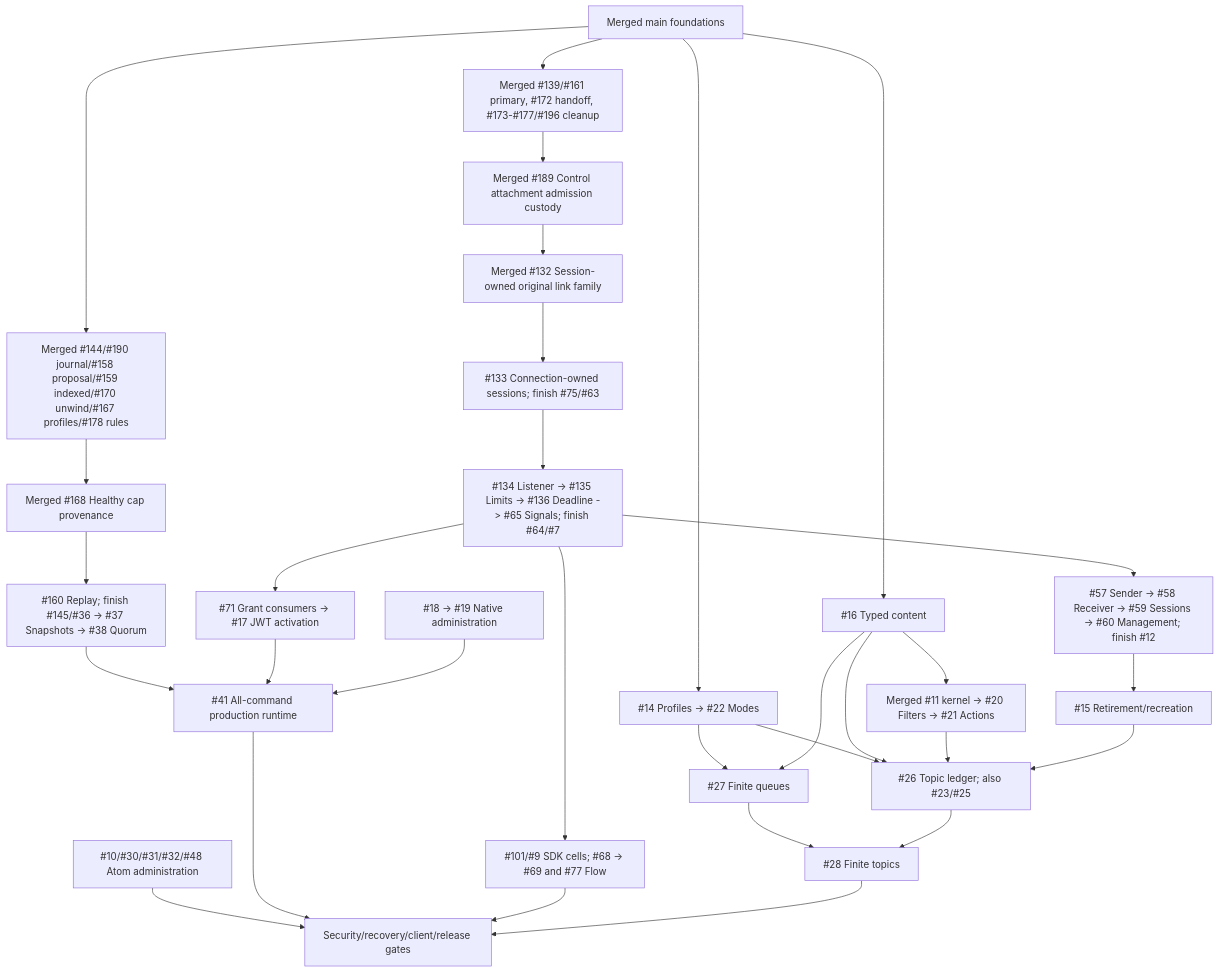
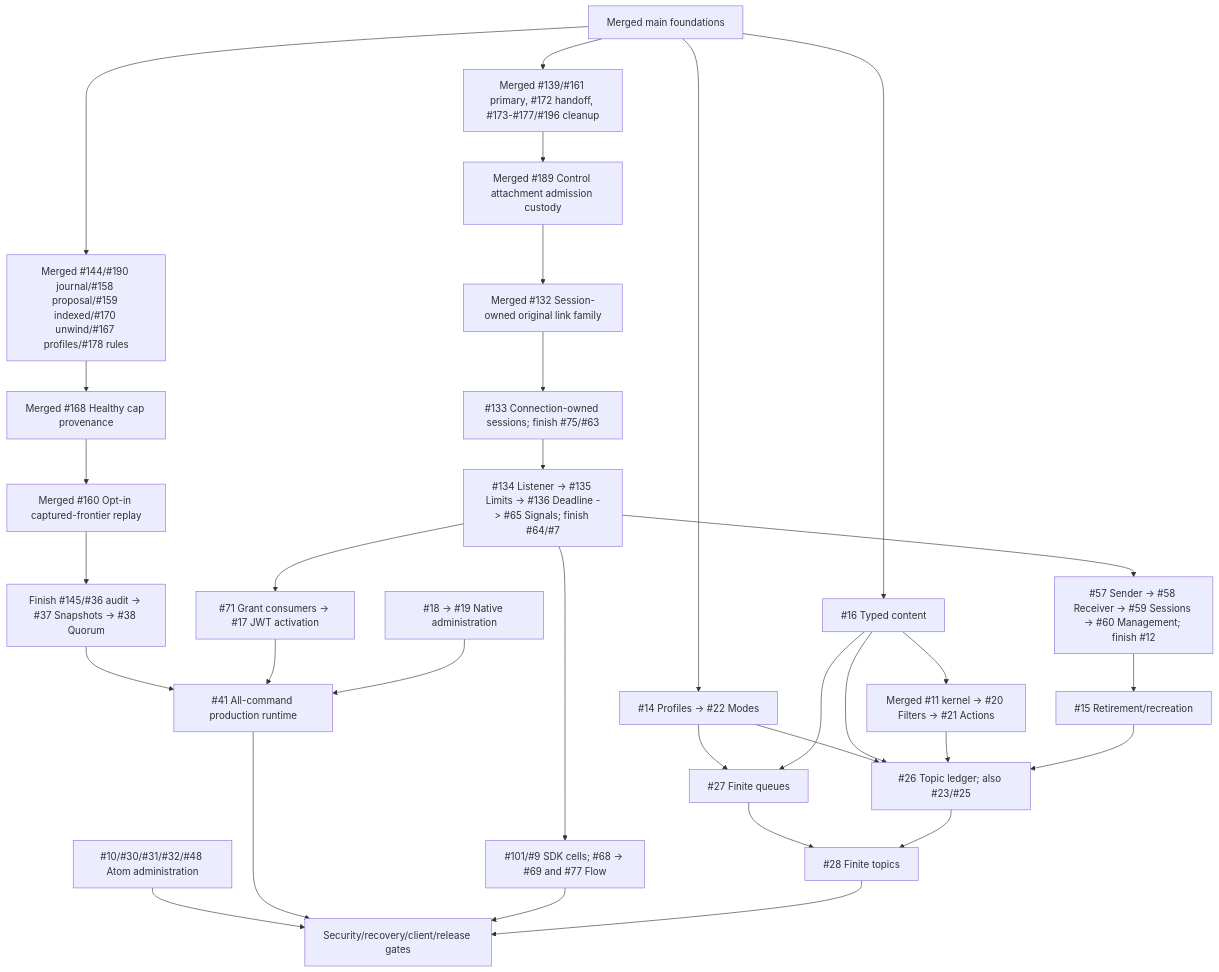
One commit to DeandreT/switchyard changed the diagram in docs/roadmap.md. Above: the diagram before and after it, drawn with Mermaid. The commit also changed other lines of this file and 7 other files, not shown here.

````diff
--- a/docs/roadmap.md
+++ b/docs/roadmap.md
@@ -57,33 +60,34 @@
 ```mermaid
 flowchart TD
     Main["Merged main foundations"] --> Lifecycle["Merged #139/#161 primary, #172 handoff, #173-#177/#196 cleanup"]
     Lifecycle --> Control["Merged #189 Control attachment admission custody"]
     Control --> Links["Merged #132 Session-owned original link family"]
     Links --> Families["#133 Connection-owned sessions; finish #75/#63"]
     Families --> Shutdown["#134 Listener -> #135 Limits -> #136 Deadline -> #65 Signals; finish #64/#7"]
     Shutdown --> Authority["#57 Sender -> #58 Receiver -> #59 Sessions -> #60 Management; finish #12"]
     Authority --> Delete["#15 Retirement/recreation"]
     Shutdown --> Grants["#71 Grant consumers -> #17 JWT activation"]
     Shutdown --> Clients["#101/#9 SDK cells; #68 -> #69 and #77 Flow"]
     Main --> Profiles["#14 Profiles -> #22 Modes"]
     Main --> Content["#16 Typed content"]
     Content --> Rules["Merged #11 kernel -> #20 Filters -> #21 Actions"]
     Profiles --> Queues["#27 Finite queues"]
     Content --> Queues
     Profiles --> Ledger["#26 Topic ledger; also #23/#25"]
     Content --> Ledger
     Rules --> Ledger
     Delete --> Ledger
     Queues --> Topics["#28 Finite topics"]
     Ledger --> Topics
     Main --> Durable["Merged #144/#190 journal/#158 proposal/#159 indexed/#170 unwind/#167 profiles/#178 rules"]
     Durable --> Integrity["Merged #168 Healthy cap provenance"]
-    Integrity --> Replay["#160 Replay; finish #145/#36 -> #37 Snapshots -> #38 Quorum"]
-    Replay --> Runtime["#41 All-command production runtime"]
+    Integrity --> Replay["Merged #160 Opt-in captured-frontier replay"]
+    Replay --> Snapshots["Finish #145/#36 audit -> #37 Snapshots -> #38 Quorum"]
+    Snapshots --> Runtime["#41 All-command production runtime"]
     Grants --> Runtime
     Native["#18 -> #19 Native administration"] --> Runtime
     Atom["#10/#30/#31/#32/#48 Atom administration"] --> Gates["Security/recovery/client/release gates"]
     Runtime --> Gates
     Clients --> Gates
     Topics --> Gates
 ```
````
